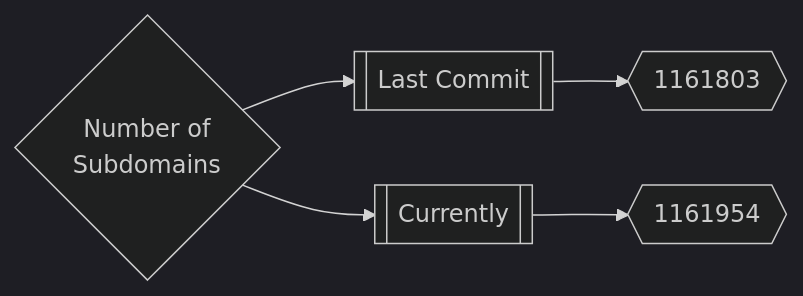
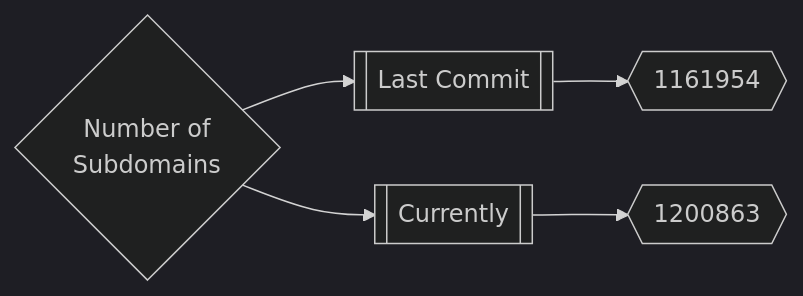
Before and after one commit to trickest/inventory: the first of 3 diagrams in README.md, drawn with Mermaid (dark theme). The commit also changed other lines of this file, not shown here.

Commit message:
Update Sat Apr  2 16:05:21 UTC 2022

````diff
--- a/README.md
+++ b/README.md
@@ -165,5 +165,5 @@
 ```mermaid
 graph LR
-title{Number of<br>Subdomains} --> subdomainsDate1[[Last Commit]] --> subdomainsNum1{{1161803}}
-title --> subdomainsDate2[[Currently]] --> subdomainsNum2{{1161954}}
+title{Number of<br>Subdomains} --> subdomainsDate1[[Last Commit]] --> subdomainsNum1{{1161954}}
+title --> subdomainsDate2[[Currently]] --> subdomainsNum2{{1200863}}
 ```
````
